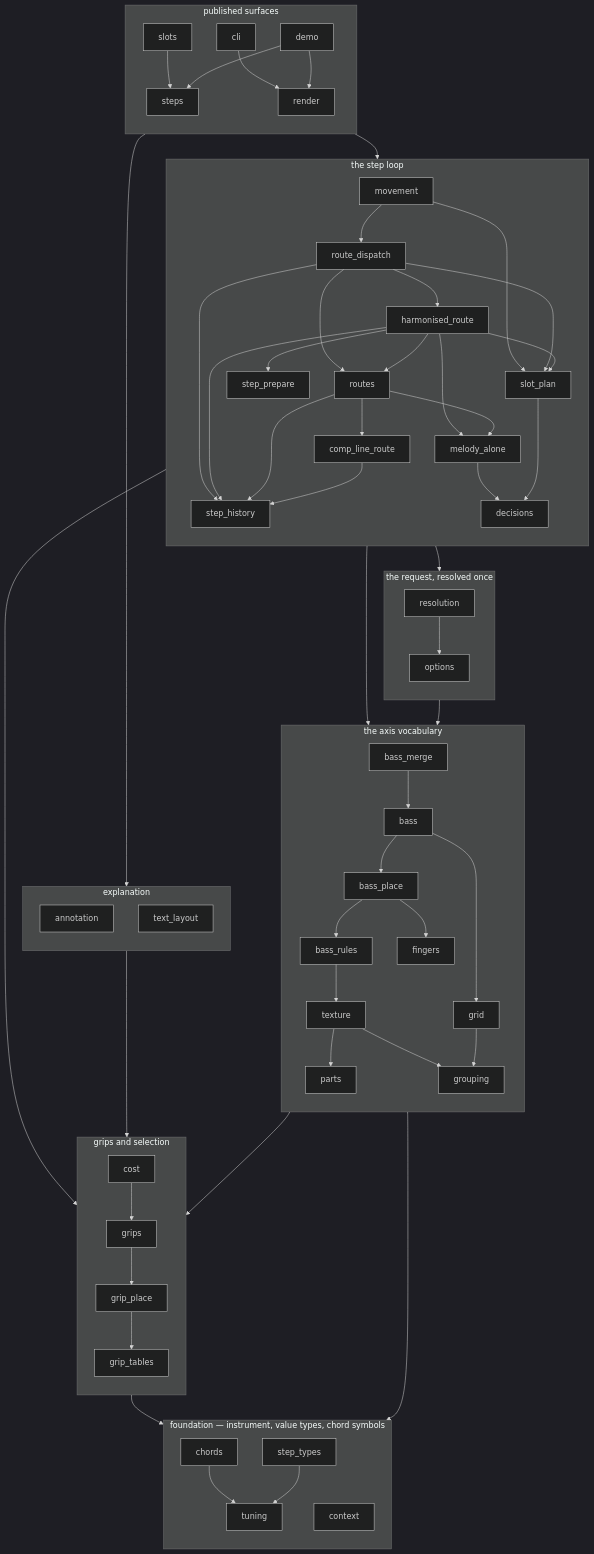
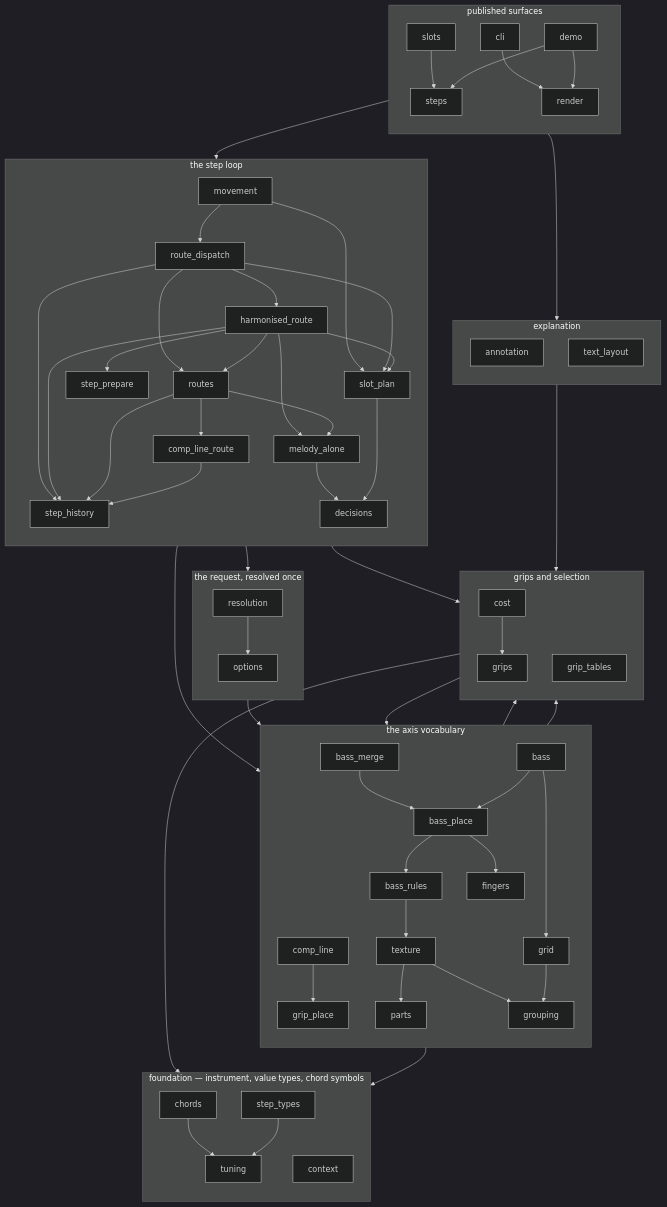
The first of 2 diagrams in docs/dependency-dag.md (jcundill/arranger), drawn with Mermaid (dark theme) before and after one commit.

Commit message:
docs: fix dependency DAG to match the enforced layering
- add missing comp_line module to layer_axes (ORDER index 15), with
  comp_line --> grip_place edge realizing layer_axes --> layer_grips
- fix bass_merge --> bass edge: bass_merge imports bass_place, not bass

meta_package_dag and meta_front_end_dag still pass (ORDER and
ALLOWED_FRONT_EDGES are the source of truth and were already accurate)

```diff
--- a/docs/dependency-dag.md
+++ b/docs/dependency-dag.md
@@ -84,14 +84,16 @@
         bass["bass"]
         bass_place["bass_place"]
         bass_rules["bass_rules"]
+        comp_line["comp_line"]
         texture["texture"]
         grouping["grouping"]
         grid["grid"]
         parts["parts"]
-        bass_merge --> bass
+        bass_merge --> bass_place
         bass --> bass_place
         bass_place --> bass_rules
         bass_place --> fingers
+        comp_line --> grip_place
         bass --> grid
         bass_rules --> texture
         texture --> parts
```
